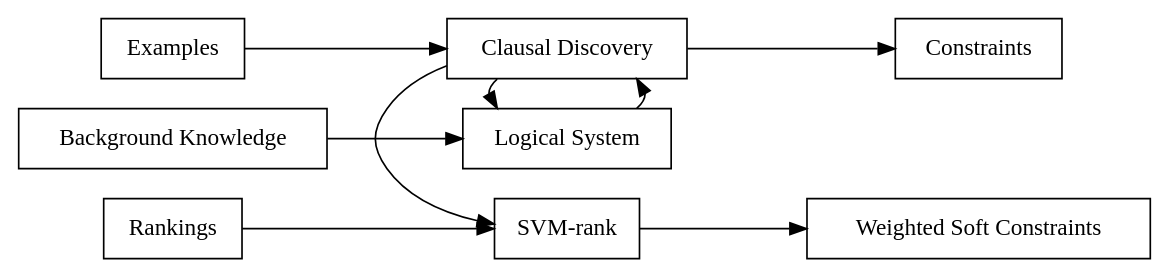
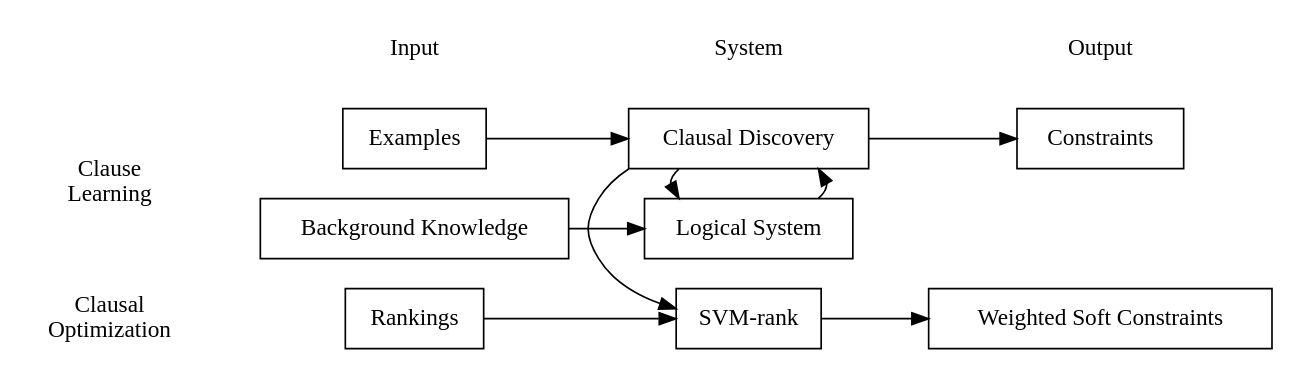
Before and after one commit to samuelkolb/thesis: the diagram in Graphics/Graphs/ApproachOverview.gv, drawn with Graphviz. The commit also changed 23 other files, not shown here.

```diff
--- a/Graphics/Graphs/ApproachOverview.gv
+++ b/Graphics/Graphs/ApproachOverview.gv
@@ -1,28 +1,39 @@
 digraph workflow {
 
 	bg [label="Background Knowledge", shape="box"]
 	ls [label="Logical System", shape="box"]
 
 	ex [label="Examples", shape="box"]
 	cd [label="Clausal Discovery", shape="box"]
 	hc [label="Constraints", shape="box"]
 
 	pr [label="Rankings", shape="box"]
 	sr [label="SVM-rank", shape="box"]
 	sc [label="Weighted Soft Constraints", shape="box"]
 
+	input [label="Input", shape="plaintext"]
+	system [label="System", shape="plaintext", sides="B"]
+	output [label="Output", shape="plaintext", sides="B"]
+
+	cl [label="Clause\nLearning", shape="plaintext"]
+	co [label="Clausal\nOptimization", shape="plaintext"]
+
+	cl -> ex [style=invis]
+	cl -> bg [style=invis]
+	co -> pr [style=invis]
+
 	bg -> ls
 	cd -> hc
 	ex -> cd
 	pr -> sr
 	ls -> cd
 	cd -> ls
 	cd -> sr
 	sr -> sc
 
 	rankdir="LR"
-	ranksep = 1
-	{rank=same bg ex pr}
-	{rank=same ls cd sr} 
-	{rank=same hc sc}
+	{rank=same cl co}
+	{rank=same bg ex pr input}
+	{rank=same ls cd sr system} 
+	{rank=same hc sc output}
 }
```
